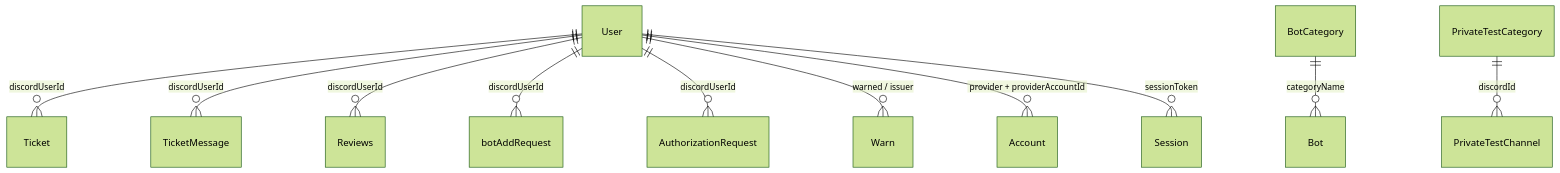
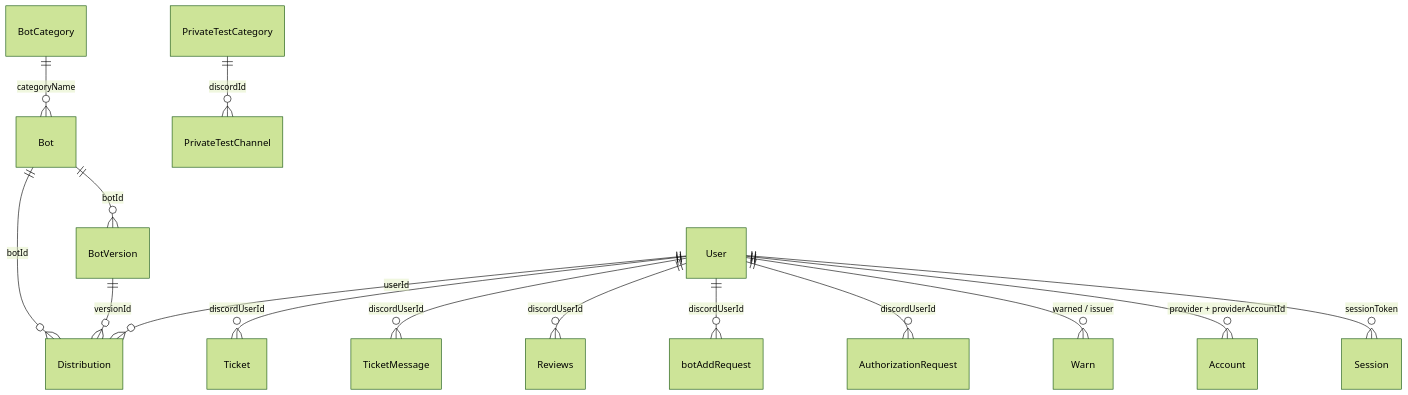
Before and after one commit to P4ciuf/veyra: the diagram in docs/data-model.md, drawn with Mermaid (forest theme). The commit also changed other lines of this file and 6 other files, not shown here.

First line of the commit message:
feat(database): add bot version history and distribution models

````diff
--- a/docs/data-model.md
+++ b/docs/data-model.md
@@ -40,13 +40,17 @@
 ```mermaid
 erDiagram
     User ||--o{ Ticket : "discordUserId"
     User ||--o{ TicketMessage : "discordUserId"
     User ||--o{ Reviews : "discordUserId"
     User ||--o{ botAddRequest : "discordUserId"
     User ||--o{ AuthorizationRequest : "discordUserId"
     User ||--o{ Warn : "warned / issuer"
     User ||--o{ Account : "provider + providerAccountId"
     User ||--o{ Session : "sessionToken"
     BotCategory ||--o{ Bot : "categoryName"
+    Bot ||--o{ BotVersion : "botId"
+    Bot ||--o{ Distribution : "botId"
+    BotVersion ||--o{ Distribution : "versionId"
+    User ||--o{ Distribution : "userId"
     PrivateTestCategory ||--o{ PrivateTestChannel : "discordId"
 ```
````
